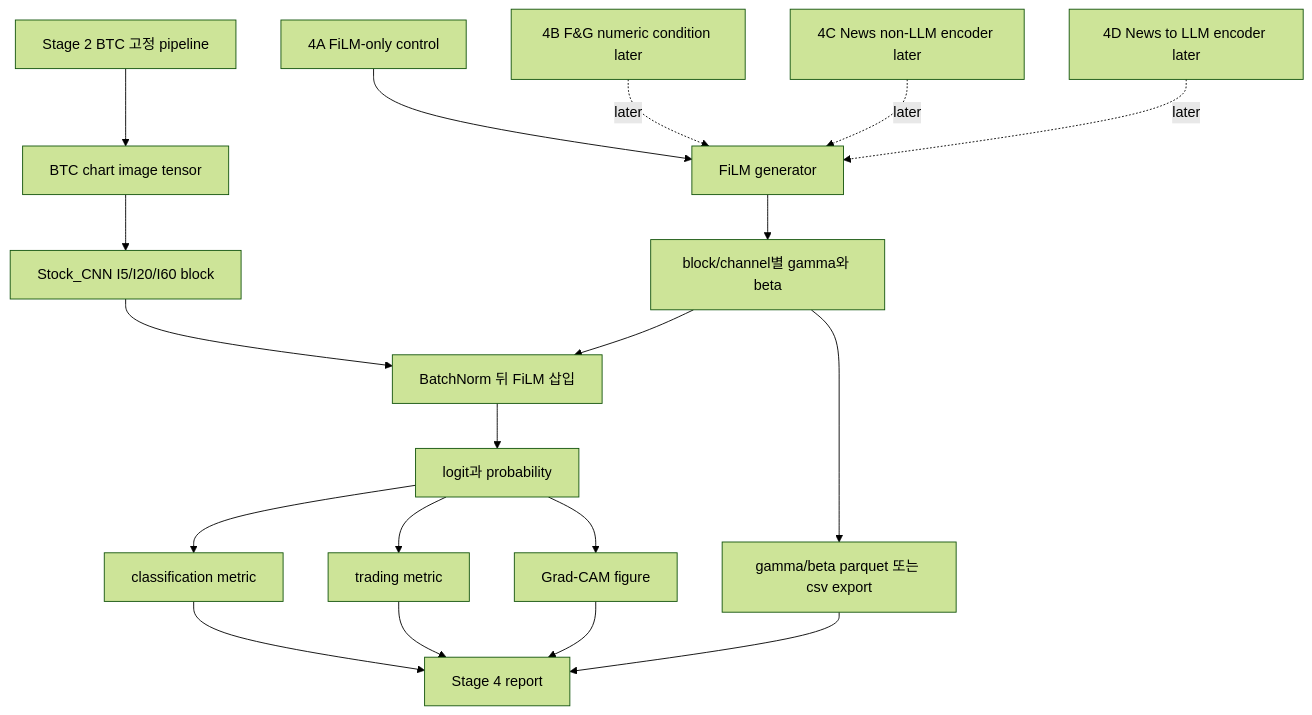
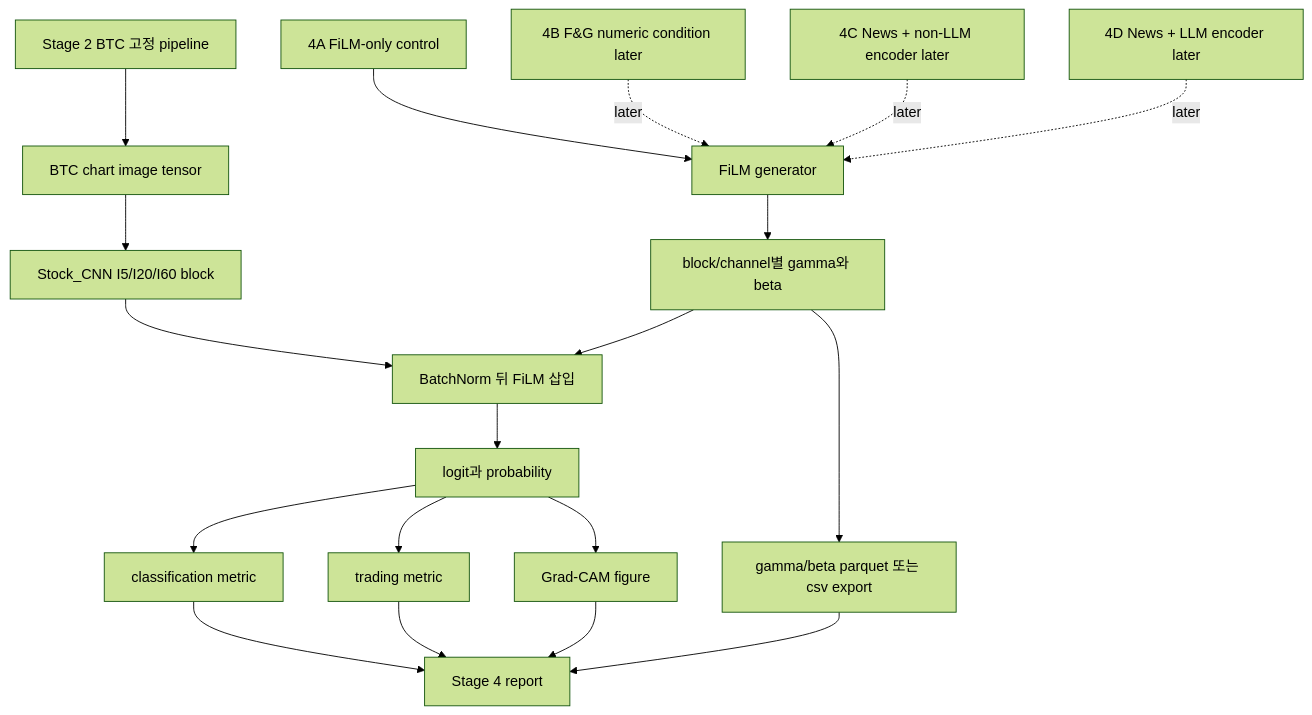
One commit to Jaehyeon-Jeong/Thesis changed the second of 2 diagrams in stage4_film_conditioning/workflow_diagram.md. Above: the diagram before and after it, drawn with Mermaid (forest theme). The commit also changed other lines of this file and 8 other files, not shown here.

````diff
--- a/stage4_film_conditioning/workflow_diagram.md
+++ b/stage4_film_conditioning/workflow_diagram.md
@@ -31,23 +31,23 @@
 ```mermaid
 flowchart TD
     A[Stage 2 BTC 고정 pipeline] --> B[BTC chart image tensor]
     B --> C[Stock_CNN I5/I20/I60 block]
     C --> D[BatchNorm 뒤 FiLM 삽입]
 
     S0[4A FiLM-only control] --> G[FiLM generator]
     S1[4B F&G numeric condition later] -. later .-> G
-    S2[4C News non-LLM encoder later] -. later .-> G
-    S3[4D News to LLM encoder later] -. later .-> G
+    S2[4C News + non-LLM encoder later] -. later .-> G
+    S3[4D News + LLM encoder later] -. later .-> G
 
     G --> H[block/channel별 gamma와 beta]
     H --> D
     D --> I[logit과 probability]
     I --> J[classification metric]
     I --> K[trading metric]
     I --> L[Grad-CAM figure]
     H --> M[gamma/beta parquet 또는 csv export]
     J --> N[Stage 4 report]
     K --> N
     L --> N
     M --> N
 ```
````
